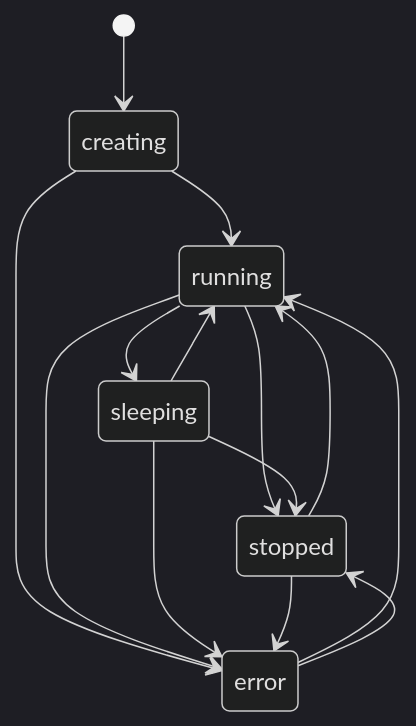
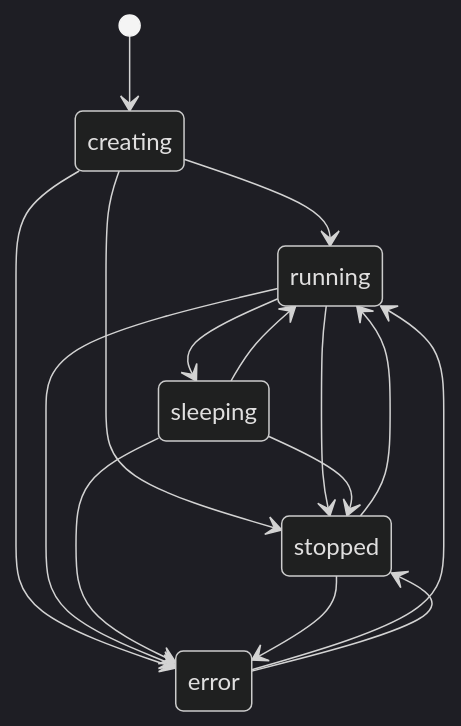
The diagram in docs/architecture/lifecycle/lifecycle.md (zgeoff/imp), drawn with Mermaid (dark theme) before and after one commit. The commit also changed other lines of this file and 13 other files, not shown here.

````diff
--- a/docs/architecture/lifecycle/lifecycle.md
+++ b/docs/architecture/lifecycle/lifecycle.md
@@ -14,16 +16,17 @@
 ```mermaid
 stateDiagram-v2
   [*] --> creating
   creating --> running
+  creating --> stopped
   creating --> error
   running --> sleeping
   running --> stopped
   running --> error
   sleeping --> running
   sleeping --> stopped
   sleeping --> error
   stopped --> running
   stopped --> error
   error --> running
   error --> stopped
 ```
````
